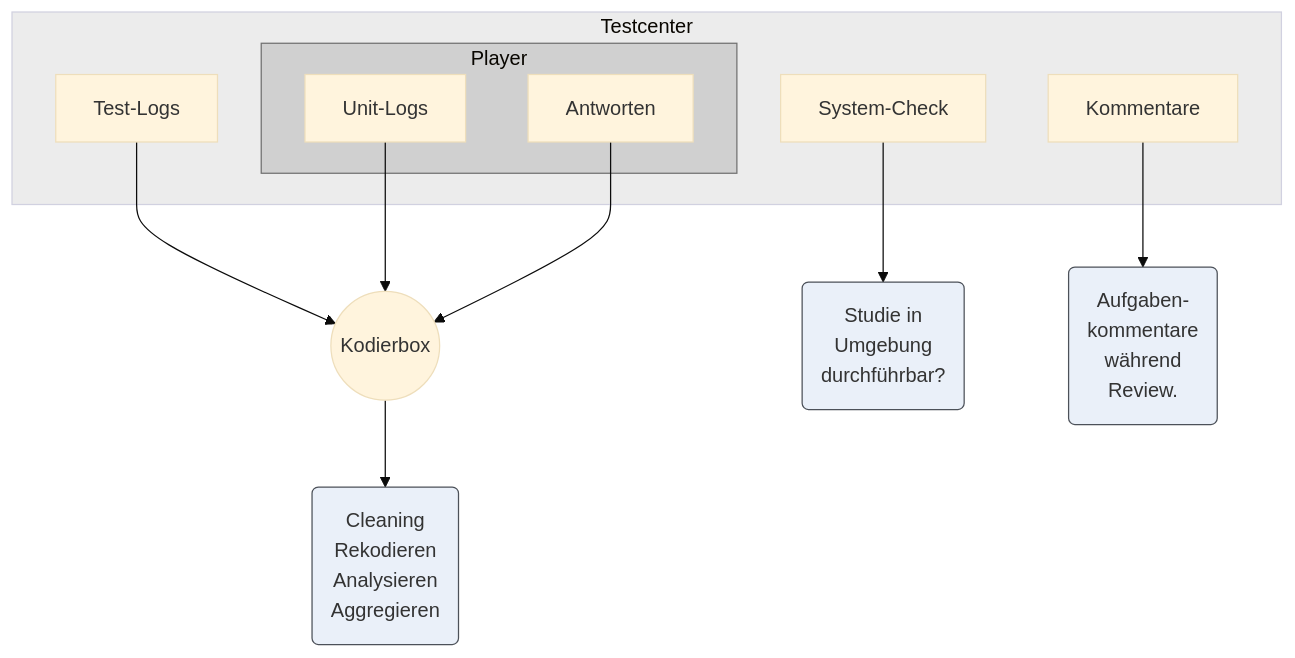
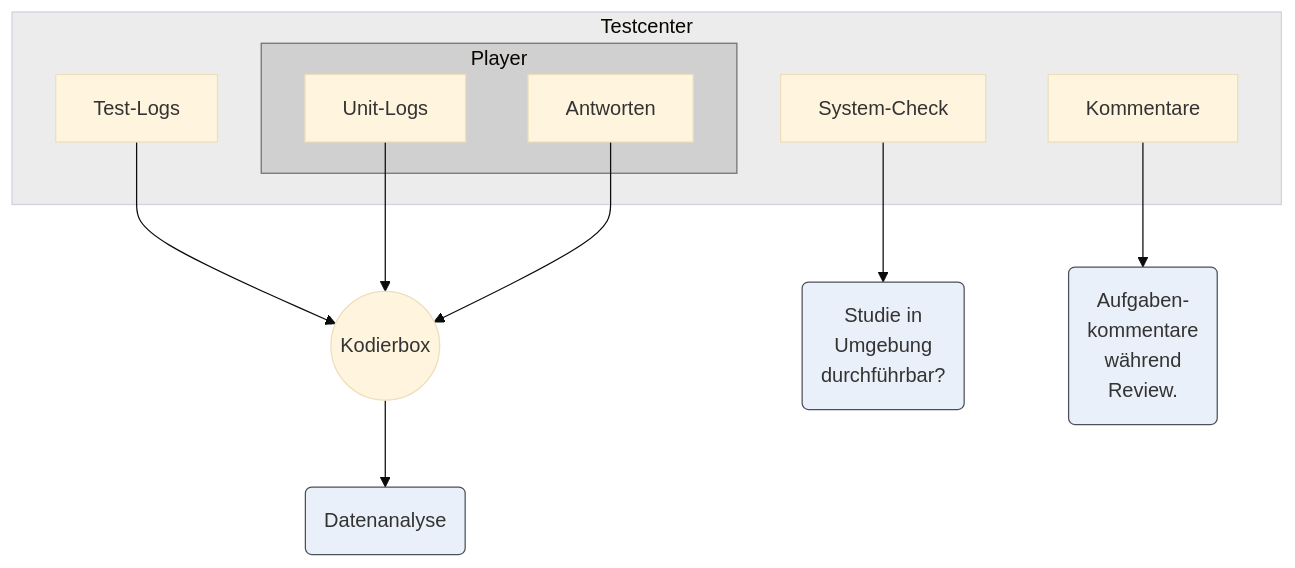
The second of 2 diagrams in Testcenter/Daten_und_Prozesse.qmd (iqb-berlin/tba-info), drawn with Mermaid (base theme) before and after one commit. The commit also changed other lines of this file and 4 other files, not shown here.

````diff
--- a/Testcenter/Daten_und_Prozesse.qmd
+++ b/Testcenter/Daten_und_Prozesse.qmd
@@ -171,36 +191,33 @@
 ```{mermaid}
 flowchart TB
     subgraph Testcenter
       B[System-Check]
       C[Kommentare]
       A[Test-Logs]
       subgraph Player
         D[Unit-Logs]
         E[Antworten]
       end
       style Player fill:#d0d0d0,stroke:#707070
     end
     style Testcenter fill:#ececec,stroke:#d1d1e0
     F((Kodierbox))
     A --> F
     D --> F
     E --> F
-    G("`Cleaning
-    Rekodieren
-    Analysieren
-    Aggregieren`")
+    G(Datenanalyse)
     style G fill:#eaf0f9,stroke:#4c5159
     F --> G
     H("`Studie in
     Umgebung
     durchführbar?`")
     style H fill:#eaf0f9,stroke:#4c5159
     I("`Aufgaben-
     kommentare
     während
     Review.`")
     style I fill:#eaf0f9,stroke:#4c5159
     B --> H
     C --> I
 
 ```
````
